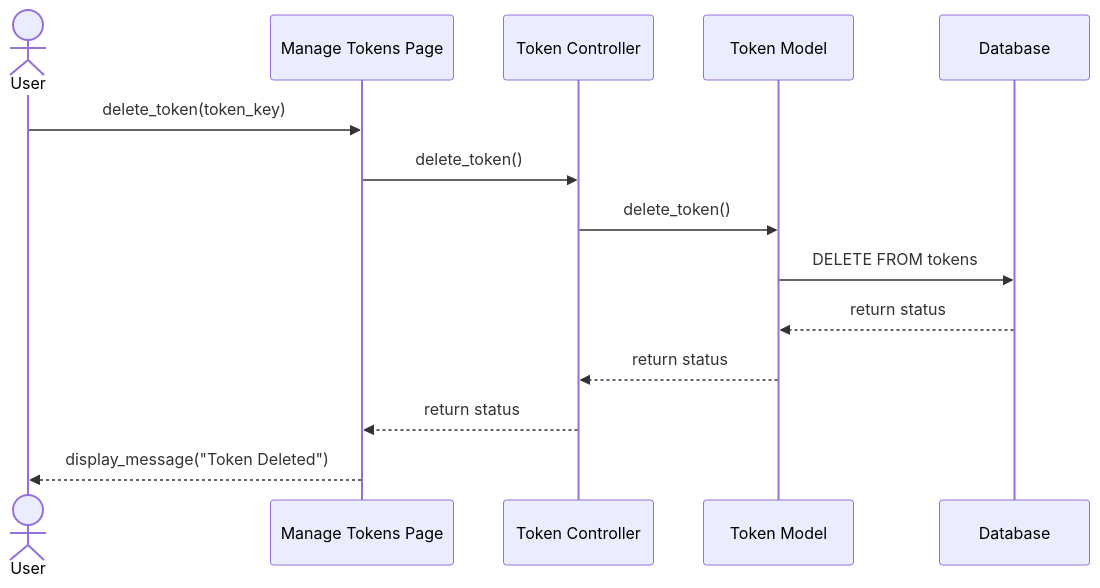
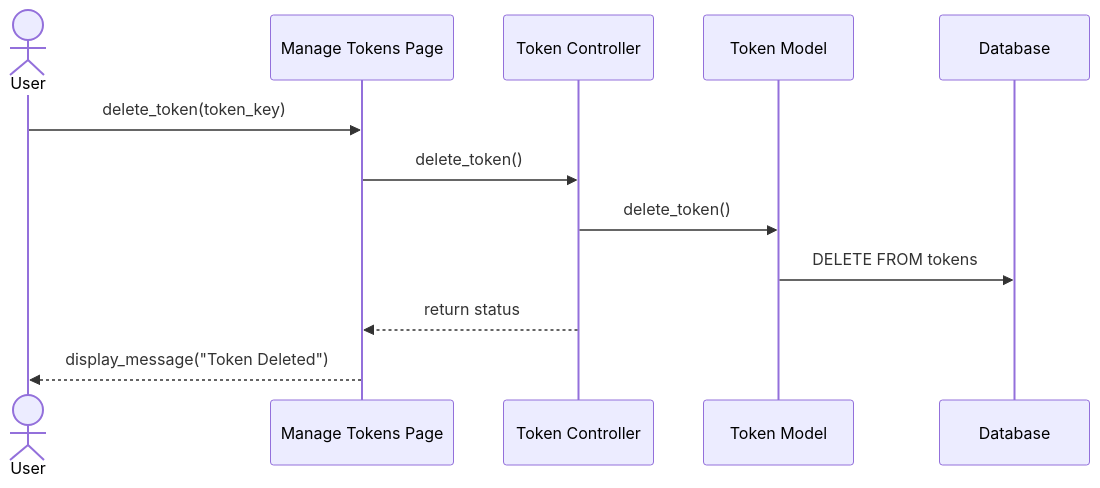
One commit to Tanaphat-Ken/ALPR-V2 changed the seventh of 20 diagrams in SYSTEM_DIAGRAMS.md. Above: the diagram before and after it, drawn with Mermaid. The commit also changed other lines of this file, not shown here.

First line of the commit message:
docs: trim sequence diagrams and split combined flows into separate diagrams

````diff
--- a/SYSTEM_DIAGRAMS.md
+++ b/SYSTEM_DIAGRAMS.md
@@ -285,17 +298,15 @@
 ```mermaid
 sequenceDiagram
     actor User
     participant TokenPage as Manage Tokens Page
     participant TokenController as Token Controller
     participant TokenModel as Token Model
     participant DB as Database
 
     User->>TokenPage: delete_token(token_key)
     TokenPage->>TokenController: delete_token()
     TokenController->>TokenModel: delete_token()
     TokenModel->>DB: DELETE FROM tokens
-    DB-->>TokenModel: return status
-    TokenModel-->>TokenController: return status
     TokenController-->>TokenPage: return status
     TokenPage-->>User: display_message("Token Deleted")
 ```
````
